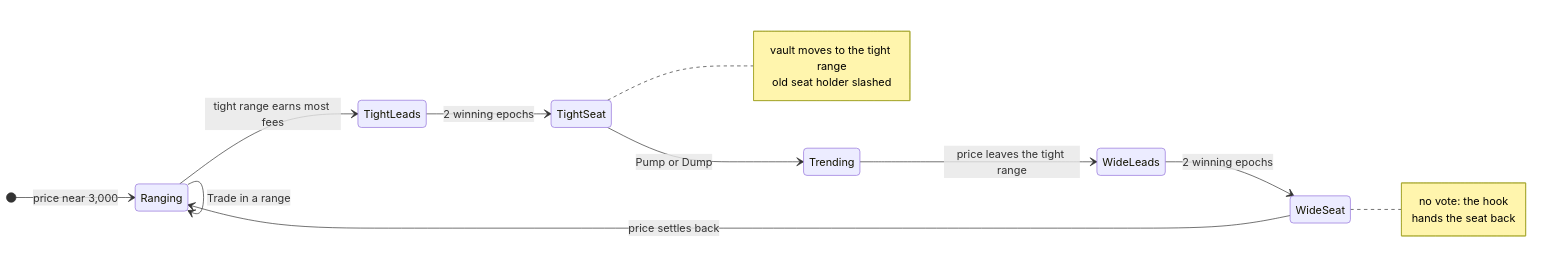
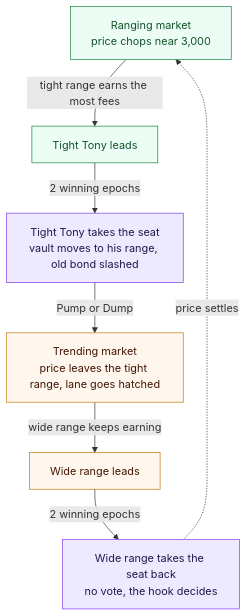
One commit to debojyoti10CC/oorka changed the fourth of 4 diagrams in README.md. Above: the diagram before and after it, drawn with Mermaid. The commit also changed other lines of this file, not shown here.

Commit message:
README: vertical layouts for the epoch flow and market-regime diagrams

````diff
--- a/README.md
+++ b/README.md
@@ -353,21 +352,16 @@
 ```mermaid
-stateDiagram-v2
-    direction LR
-    [*] --> Ranging: price near 3,000
-    Ranging --> Ranging: Trade in a range
-    Ranging --> TightLeads: tight range earns most fees
-    TightLeads --> TightSeat: 2 winning epochs
-    TightSeat --> Trending: Pump or Dump
-    Trending --> WideLeads: price leaves the tight range
-    WideLeads --> WideSeat: 2 winning epochs
-    WideSeat --> Ranging: price settles back
+flowchart TB
+    R["Ranging market<br/>price chops near 3,000"] -- "tight range earns the most fees" --> T["Tight Tony leads"]
+    T -- "2 winning epochs" --> TS["Tight Tony takes the seat<br/>vault moves to his range, old bond slashed"]
+    TS -- "Pump or Dump" --> X["Trending market<br/>price leaves the tight range, lane goes hatched"]
+    X -- "wide range keeps earning" --> W["Wide range leads"]
+    W -- "2 winning epochs" --> WS["Wide range takes the seat back<br/>no vote, the hook decides"]
+    WS -. "price settles" .-> R
 
-    note right of TightSeat
-        vault moves to the tight range
-        old seat holder slashed
-    end note
-    note right of WideSeat
-        no vote: the hook
-        hands the seat back
-    end note
+    classDef calm fill:#ecfdf5,stroke:#15803d,color:#14532d
+    classDef trend fill:#fff7ed,stroke:#c2780f,color:#431407
+    classDef seat fill:#ede9fe,stroke:#7c3aed,color:#1e1b4b
+    class R,T calm
+    class X,W trend
+    class TS,WS seat
 ```
````
